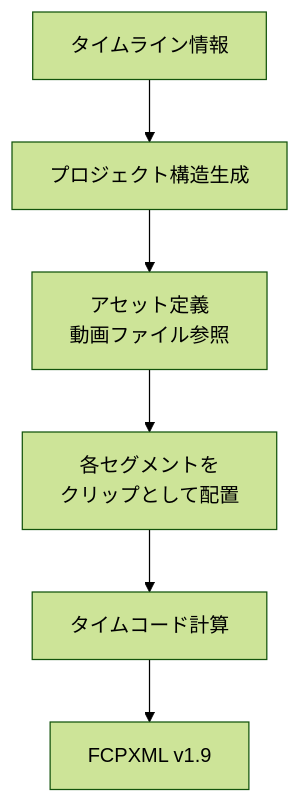
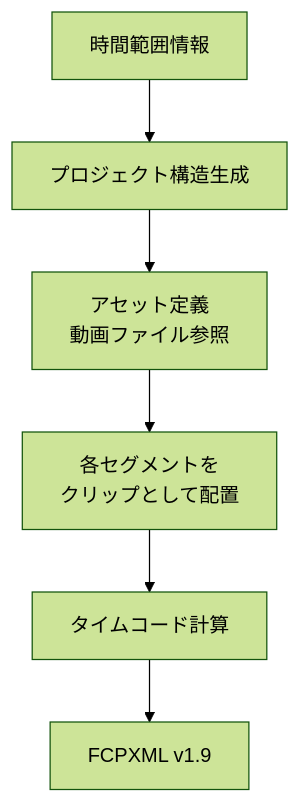
Diagram 12 of 27 in docs/basic_design_specification_v2.md (Coidemo/TextffCut), drawn with Mermaid (forest theme) before and after one commit. The commit also changed other lines of this file and 1 other file, not shown here.

````diff
--- a/docs/basic_design_specification_v2.md
+++ b/docs/basic_design_specification_v2.md
@@ -547,8 +397,8 @@
 ```mermaid
 flowchart TD
-    A[タイムライン情報] --> B[プロジェクト構造生成]
+    A[時間範囲情報] --> B[プロジェクト構造生成]
     B --> C[アセット定義<br/>動画ファイル参照]
     C --> D[各セグメントを<br/>クリップとして配置]
     D --> E[タイムコード計算]
     E --> F[FCPXML v1.9]
 ```
````
